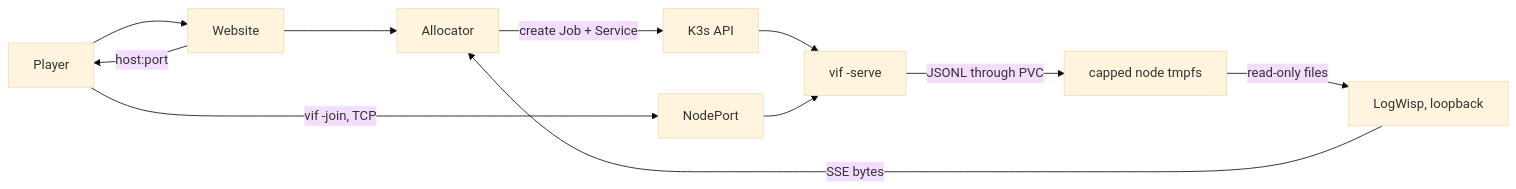
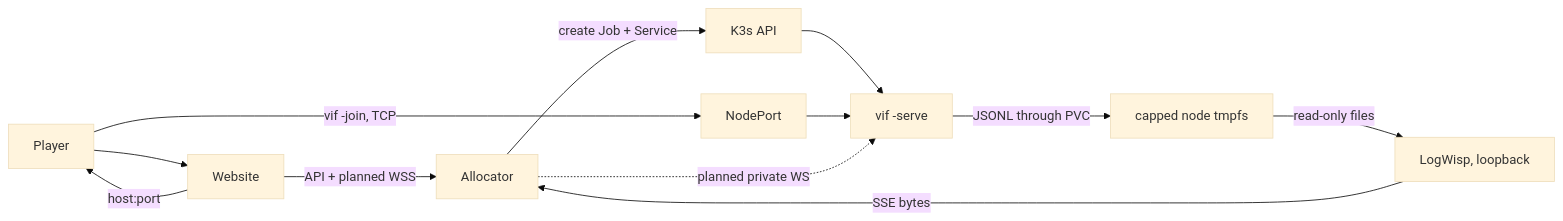
Before and after one commit to lixenwraith/vi-fighter: the diagram in doc/kubernetes-fleet.md, drawn with Mermaid (base theme). The commit also changed other lines of this file and 23 other files, not shown here.

````diff
--- a/doc/kubernetes-fleet.md
+++ b/doc/kubernetes-fleet.md
@@ -28,12 +28,13 @@
 ```mermaid
 flowchart LR
     Player["Player"] --> Site["Website"]
-    Site --> Alloc["Allocator"]
+    Site -->|"API + planned WSS"| Alloc["Allocator"]
     Alloc -->|"create Job + Service"| API["K3s API"]
     API --> Pod["vif -serve"]
     Site -->|"host:port"| Player
     Player -->|"vif -join, TCP"| NP["NodePort"] --> Pod
+    Alloc -.->|"planned private WS"| Pod
     Pod -->|"JSONL through PVC"| Logs["capped node tmpfs"]
     Logs -->|"read-only files"| Wisp["LogWisp, loopback"]
     Wisp -->|"SSE bytes"| Alloc
 ```
````
